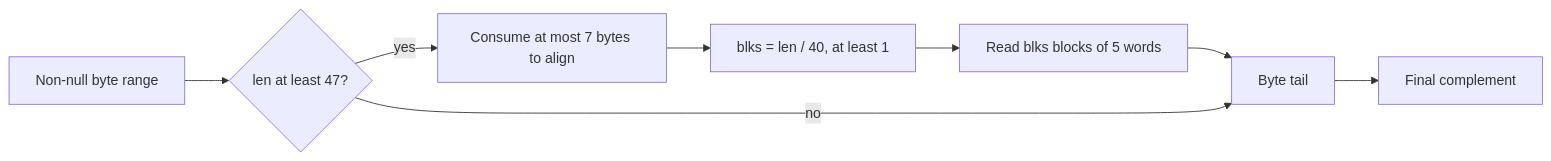
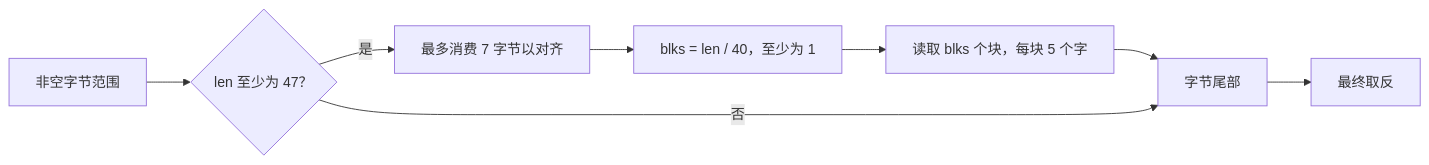
Before and after one commit to cla7aye15I4nd/zlib-f: the diagram in site/translations/proof/crc32.zh.md, drawn with Mermaid. The commit also changed other lines of this file and 61 other files, not shown here.

````diff
--- a/site/translations/proof/crc32.zh.md
+++ b/site/translations/proof/crc32.zh.md
@@ -23,10 +14,10 @@
 ```mermaid
 flowchart LR
-    Start["Non-null byte range"] --> Threshold{"len at least 47?"}
-    Threshold -->|yes| Align["Consume at most 7 bytes to align"]
-    Align --> Blocks["blks = len / 40, at least 1"]
-    Blocks --> Braids["Read blks blocks of 5 words"]
-    Braids --> Tail["Byte tail"]
-    Threshold -->|no| Tail
-    Tail --> Result["Final complement"]
+    Start["非空字节范围"] --> Threshold{"len 至少为 47？"}
+    Threshold -->|是| Align["最多消费 7 字节以对齐"]
+    Align --> Blocks["blks = len / 40，至少为 1"]
+    Blocks --> Braids["读取 blks 个块，每块 5 个字"]
+    Braids --> Tail["字节尾部"]
+    Threshold -->|否| Tail
+    Tail --> Result["最终取反"]
 ```
````
